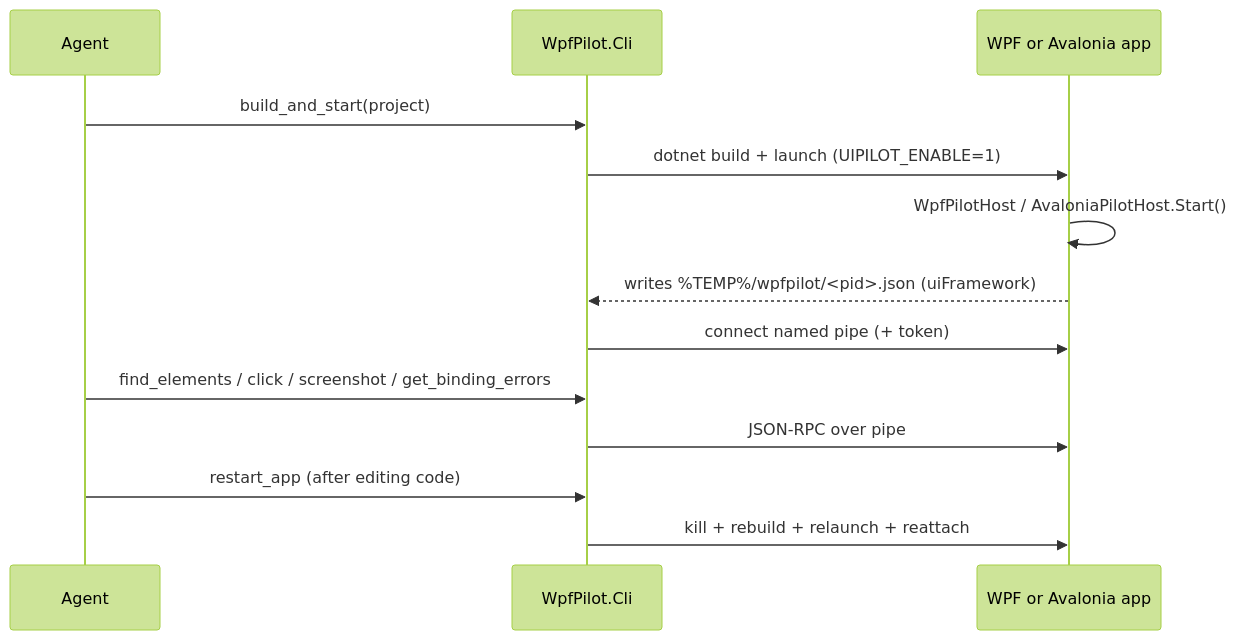
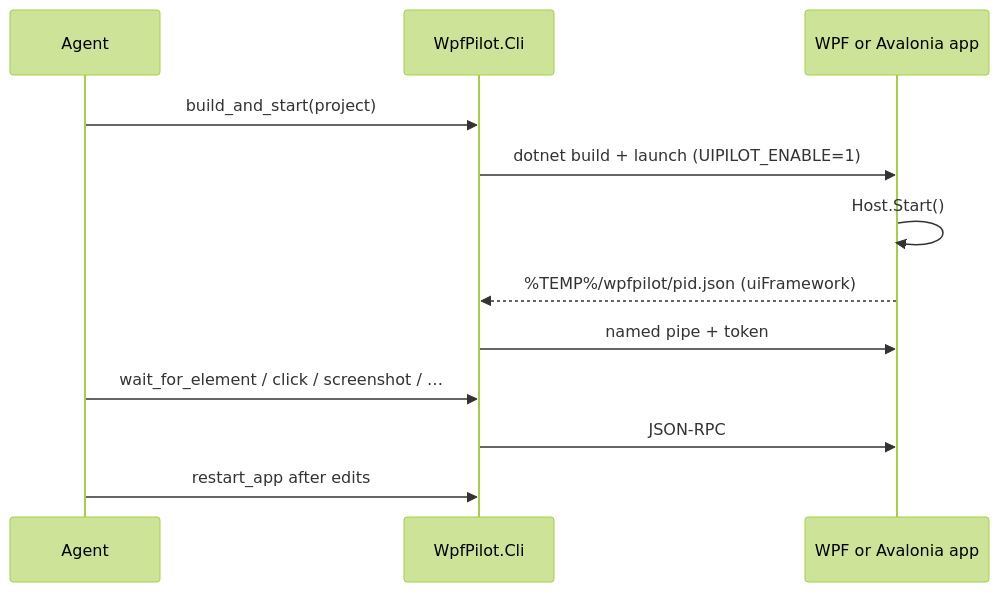
Before and after one commit to sivak1982/UiPilot: the diagram in docs/01-overview.md, drawn with Mermaid (forest theme). The commit also changed other lines of this file and 48 other files, not shown here.

````diff
--- a/docs/01-overview.md
+++ b/docs/01-overview.md
@@ -26,15 +25,14 @@
 ```mermaid
 sequenceDiagram
   participant Agent
   participant Cli as WpfPilot.Cli
   participant App as WPF or Avalonia app
   Agent->>Cli: build_and_start(project)
   Cli->>App: dotnet build + launch (UIPILOT_ENABLE=1)
-  App->>App: WpfPilotHost / AvaloniaPilotHost.Start()
-  App-->>Cli: writes %TEMP%/wpfpilot/<pid>.json (uiFramework)
-  Cli->>App: connect named pipe (+ token)
-  Agent->>Cli: find_elements / click / screenshot / get_binding_errors
-  Cli->>App: JSON-RPC over pipe
-  Agent->>Cli: restart_app (after editing code)
-  Cli->>App: kill + rebuild + relaunch + reattach
+  App->>App: Host.Start()
+  App-->>Cli: %TEMP%/wpfpilot/pid.json (uiFramework)
+  Cli->>App: named pipe + token
+  Agent->>Cli: wait_for_element / click / screenshot / …
+  Cli->>App: JSON-RPC
+  Agent->>Cli: restart_app after edits
 ```
````
